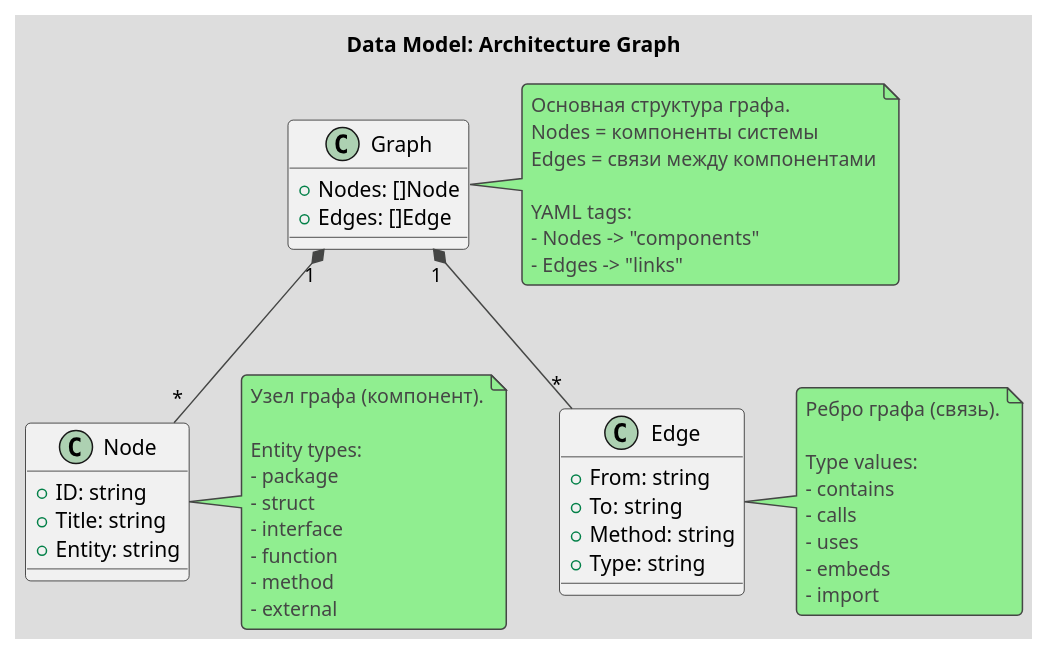
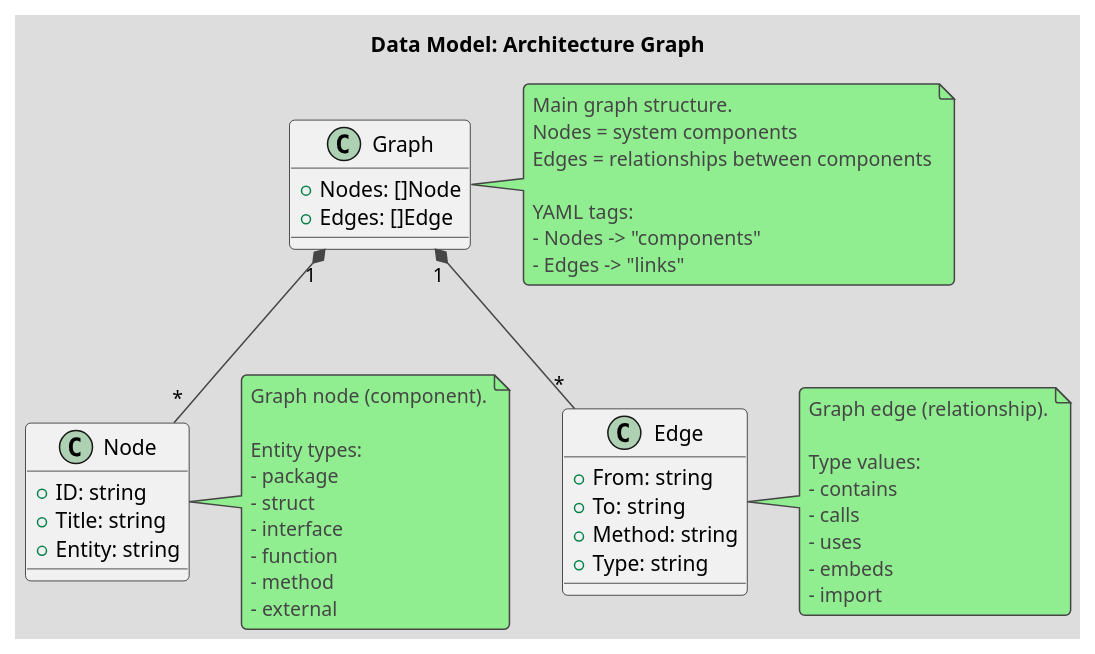
The diagram in specs/todo/0003-data-model.md (mshogin/archlint-reproduction), drawn with PlantUML before and after one commit. The commit also changed other lines of this file and 14 other files, not shown here.

````diff
--- a/specs/todo/0003-data-model.md
+++ b/specs/todo/0003-data-model.md
@@ -31,59 +31,59 @@
 ```plantuml
 @startuml spec-0003-model
 !theme toy
 
 title Data Model: Architecture Graph
 
 class Graph {
   +Nodes: []Node
   +Edges: []Edge
 }
 note right of Graph
-  Основная структура графа.
-  Nodes = компоненты системы
-  Edges = связи между компонентами
+  Main graph structure.
+  Nodes = system components
+  Edges = relationships between components
 
   YAML tags:
   - Nodes -> "components"
   - Edges -> "links"
 end note
 
 class Node {
   +ID: string
   +Title: string
   +Entity: string
 }
 note right of Node
-  Узел графа (компонент).
+  Graph node (component).
 
   Entity types:
   - package
   - struct
   - interface
   - function
   - method
   - external
 end note
 
 class Edge {
   +From: string
   +To: string
   +Method: string
   +Type: string
 }
 note right of Edge
-  Ребро графа (связь).
+  Graph edge (relationship).
 
   Type values:
   - contains
   - calls
   - uses
   - embeds
   - import
 end note
 
 Graph "1" *-- "*" Node
 Graph "1" *-- "*" Edge
 
 @enduml
 ```
````
